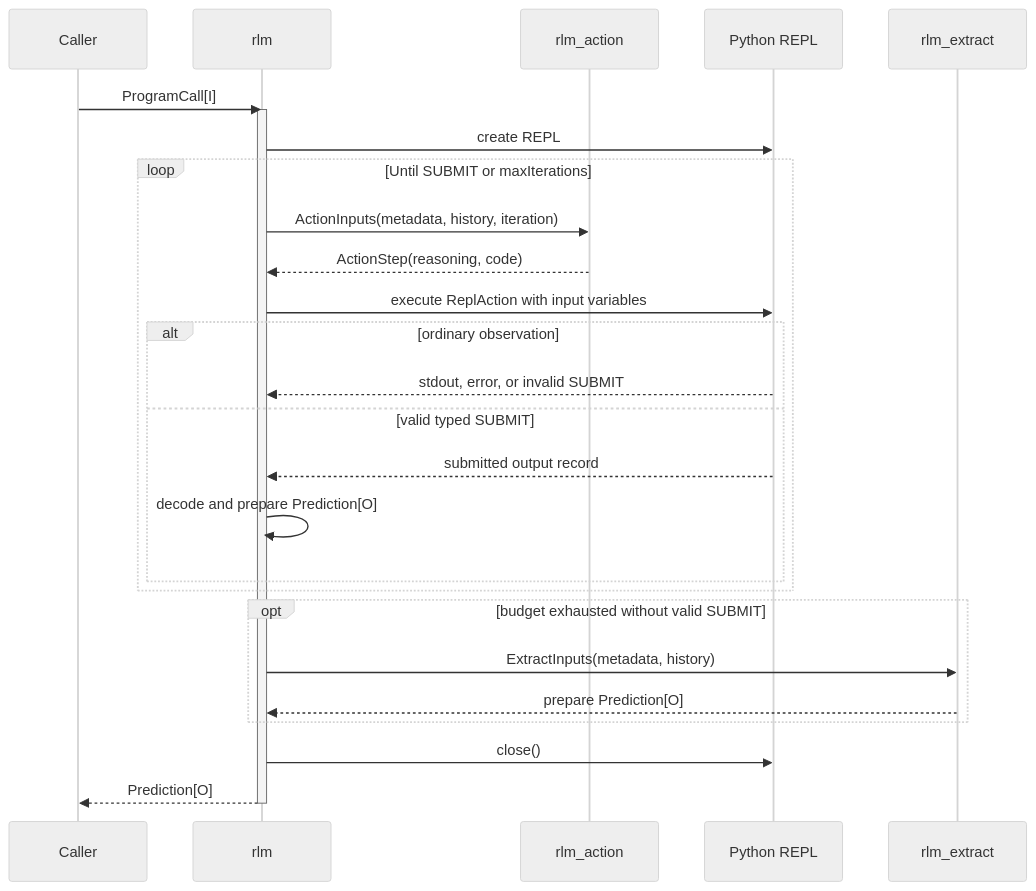
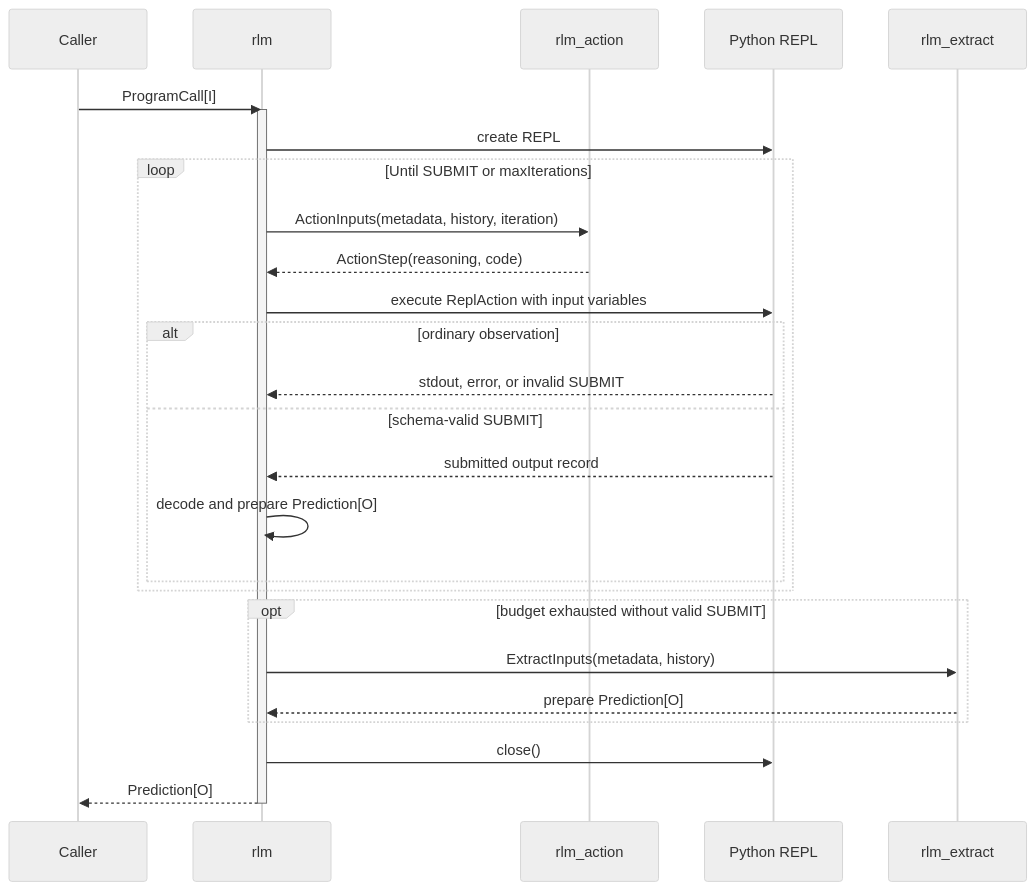
Before and after one commit to jpablo/dspy4s: the second of 6 diagrams in modules/programs/src/main/scala/dspy4s/programs/strategies/RLM.md, drawn with Mermaid (neutral theme). The commit also changed other lines of this file and 218 other files, not shown here.

````diff
--- a/modules/programs/src/main/scala/dspy4s/programs/strategies/RLM.md
+++ b/modules/programs/src/main/scala/dspy4s/programs/strategies/RLM.md
@@ -158,30 +158,30 @@
 ```mermaid
 sequenceDiagram
     participant Caller
     participant R as rlm
     participant A as rlm_action
     participant P as Python REPL
     participant E as rlm_extract
 
     Caller->>R: ProgramCall[I]
     activate R
     R->>P: create REPL
     loop Until SUBMIT or maxIterations
         R->>A: ActionInputs(metadata, history, iteration)
         A-->>R: ActionStep(reasoning, code)
         R->>P: execute ReplAction with input variables
         alt ordinary observation
             P-->>R: stdout, error, or invalid SUBMIT
-        else valid typed SUBMIT
+        else schema-valid SUBMIT
             P-->>R: submitted output record
             R->>R: decode and prepare Prediction[O]
         end
     end
     opt budget exhausted without valid SUBMIT
         R->>E: ExtractInputs(metadata, history)
         E-->>R: prepare Prediction[O]
     end
     R->>P: close()
     R-->>Caller: Prediction[O]
     deactivate R
 ```
````
